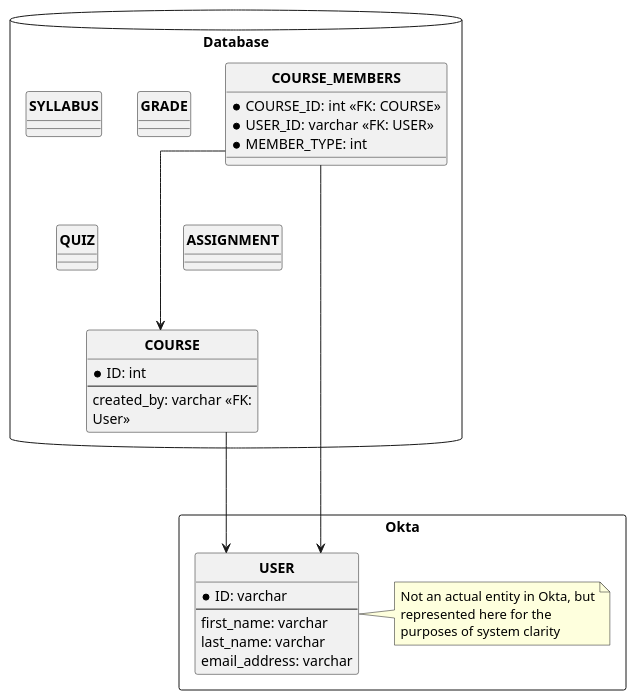
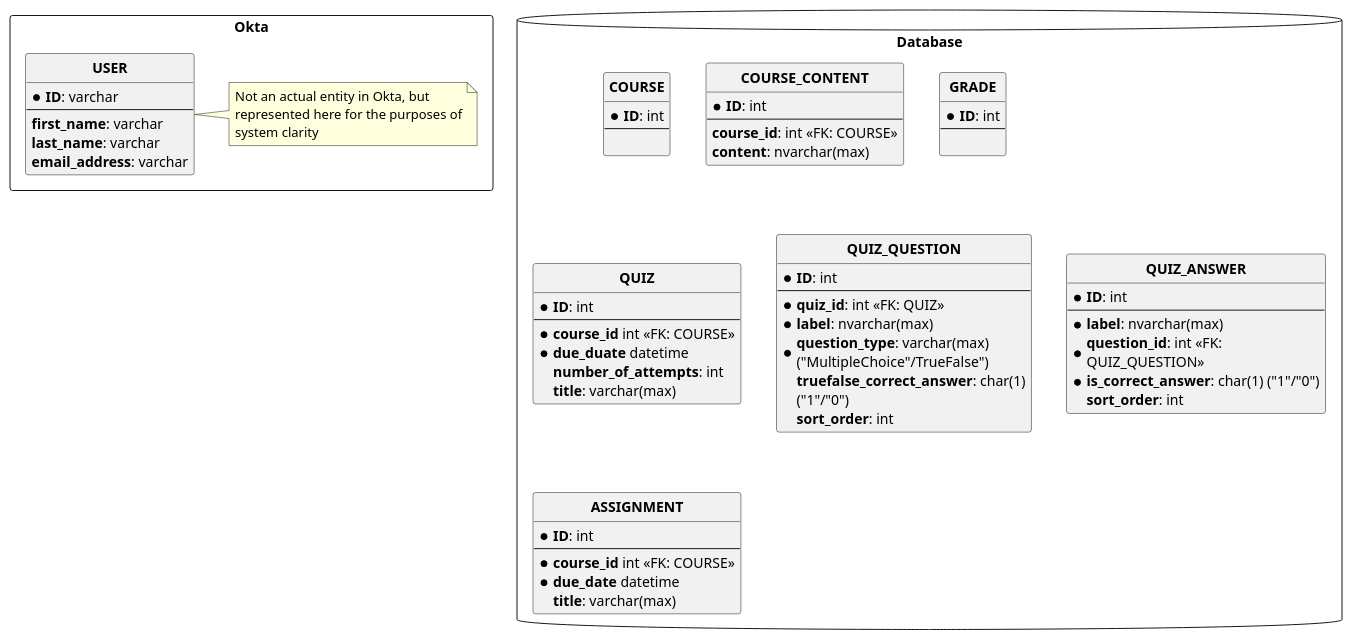
The diagram in source/ERDiagram.puml (lightbulb-lms/documentation), drawn with PlantUML before and after one commit.

Commit message:
Iteration of ER diagram

```diff
--- a/source/ERDiagram.puml
+++ b/source/ERDiagram.puml
@@ -1,47 +1,83 @@
 @startuml
-skinparam WrapWidth 200
-skinparam MaxMessageSize 200
+skinparam WrapWidth 250
+skinparam MaxMessageSize 250
 
 ' hide "E" circle around all entities
 hide circle
 
 ' avoid problems with angled crows feet
 skinparam linetype ortho
 
 package Okta <<Rectangle>> {
     entity "**USER**" as u {
-        * ID: varchar
+        * **ID**: varchar
         --
-        first_name: varchar
-        last_name: varchar
-        email_address: varchar
+        **first_name**: varchar
+        **last_name**: varchar
+        **email_address**: varchar
     }
     note right
         Not an actual entity in Okta, but represented here for the purposes of system clarity
     end note
 }
 
 package Database <<Database>> {
     entity "**COURSE**" as c {
-        * ID: int
+        * **ID**: int
         --
-        created_by: varchar <<FK: User>>
+
     }
 
-    entity "**COURSE_MEMBERS**" as cm {
-        * COURSE_ID: int <<FK: COURSE>>
-        * USER_ID: varchar <<FK: USER>>
-        * MEMBER_TYPE: int
+    entity "**COURSE_CONTENT**" as s {
+        * **ID**: int
+        --
+        **course_id**: int <<FK: COURSE>>
+        **content**: nvarchar(max)
     }
 
+    entity "**GRADE**" as g {
+        * **ID**: int
+        --
 
-    entity "**SYLLABUS**" as s {}
-    entity "**GRADE**" as g {}
-    entity "**QUIZ**" as q {}
-    entity "**ASSIGNMENT**" as a{}
+    }
+
+    entity "**QUIZ**" as q {
+        * **ID**: int
+        --
+        * **course_id** int <<FK: COURSE>>
+        * **due_duate** datetime
+        **number_of_attempts**: int
+        **title**: varchar(max)
+    }
+
+    entity "**QUIZ_QUESTION**" as qq {
+        * **ID**: int
+        --
+        * **quiz_id**: int <<FK: QUIZ>>
+        * **label**: nvarchar(max)
+        * **question_type**: varchar(max) ("MultipleChoice"/TrueFalse")
+        **truefalse_correct_answer**: char(1) ("1"/"0")
+        **sort_order**: int
+    }
+
+    entity "**QUIZ_ANSWER**" as qa {
+        * **ID**: int
+        --
+        * **label**: nvarchar(max)
+        * **question_id**: int <<FK: QUIZ_QUESTION>>
+        * **is_correct_answer**: char(1) ("1"/"0")
+        **sort_order**: int
+    }
+
+    entity "**ASSIGNMENT**" as a {
+        * **ID**: int
+        --
+        * **course_id** int <<FK: COURSE>>
+        * **due_date** datetime
+        **title**: varchar(max)
+    }
 }
 
-cm ---> u
-cm ---> c
-c ---> u
+'cm ---> u
+'cm ---> c
 @enduml
```
